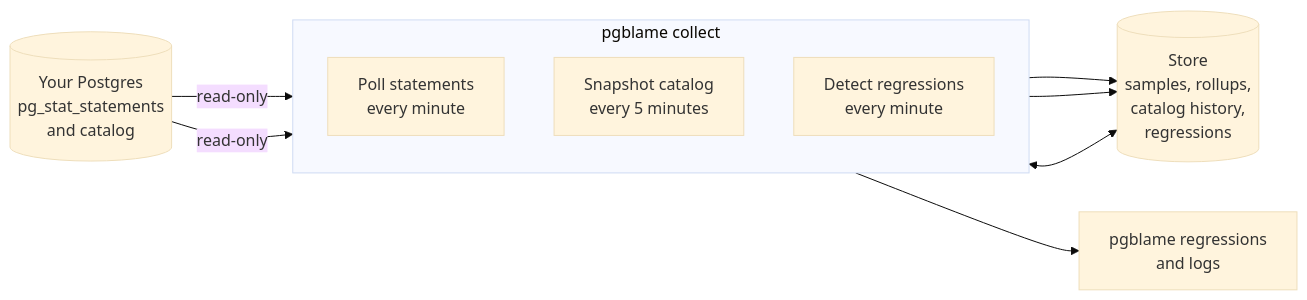
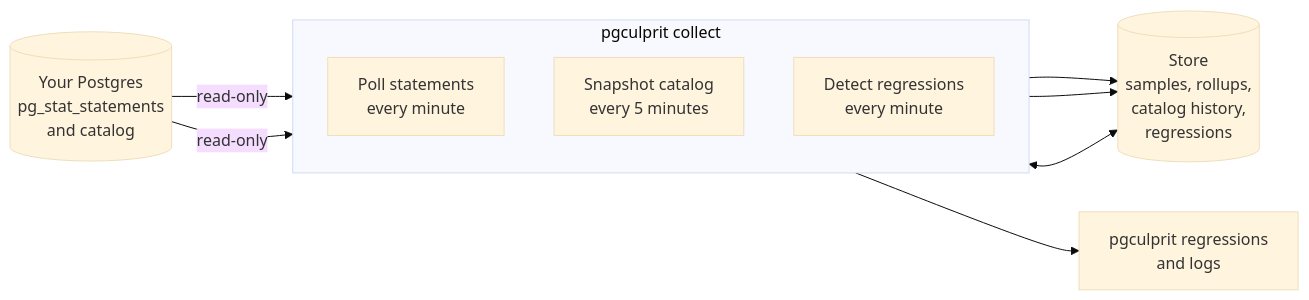
Before and after one commit to BloodShotAK/pgblame: the diagram in README.md, drawn with Mermaid (base theme). The commit also changed other lines of this file and 27 other files, not shown here.

````diff
--- a/README.md
+++ b/README.md
@@ -45,19 +45,19 @@
 ```mermaid
 flowchart LR
     db[("Your Postgres<br/>pg_stat_statements<br/>and catalog")]
-    subgraph collect["pgblame collect"]
+    subgraph collect["pgculprit collect"]
         direction TB
         poll["Poll statements<br/>every minute"]
         snap["Snapshot catalog<br/>every 5 minutes"]
         detect["Detect regressions<br/>every minute"]
     end
     store[("Store<br/>samples, rollups,<br/>catalog history,<br/>regressions")]
-    out["pgblame regressions<br/>and logs"]
+    out["pgculprit regressions<br/>and logs"]
 
     db -- "read-only" --> poll
     db -- "read-only" --> snap
     poll --> store
     snap --> store
     store <--> detect
     detect --> out
 ```
````
